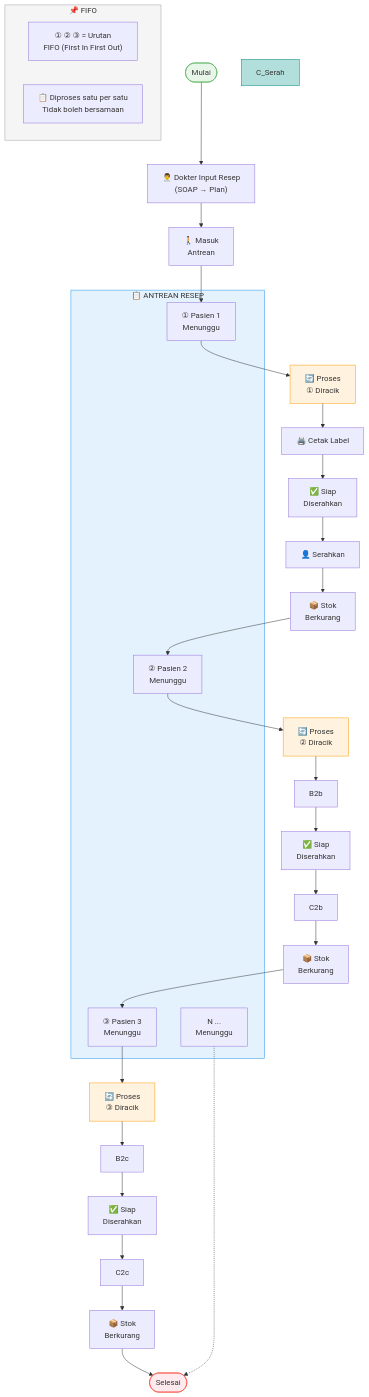
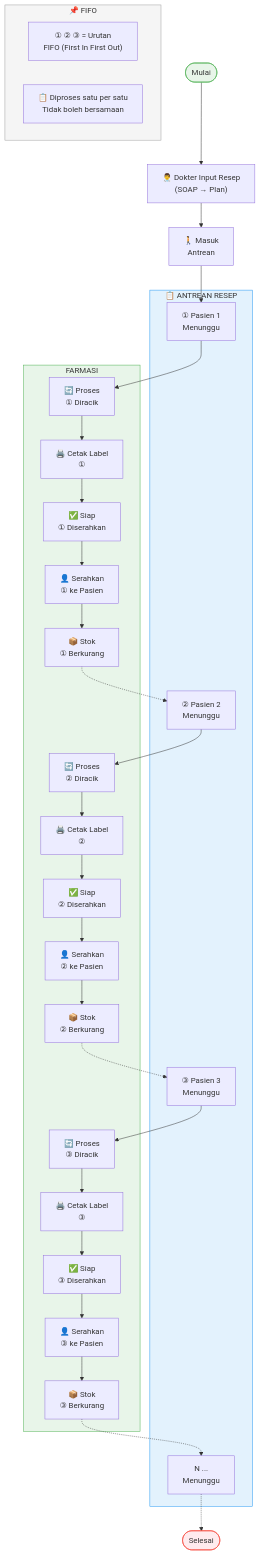
The diagram in Diagram/03-farmasi/peresepan-obat.mmd (mad-af/sim-clinic-documentation), drawn with Mermaid before and after one commit. The commit also changed 2 other files, not shown here.

Commit message:
Refactor finance and pharmacy diagrams
The diagrams for payroll and pharmacy processes have been significantly
refactored for clarity and accuracy.

In the payroll diagram, explicit `subgraph` definitions for "Pendapatan"
and "Potongan" were removed as the flow is now more direct. The entry
point for the calculation has been clarified.

The "Obat Racikan" diagram has undergone a major restructure to better
represent the flow of dispensing. Key changes include a more logical
progression from ingredient checking to final dispensing and stock
reduction. Annotations regarding medication residue were also updated.

The "

```diff
--- a/Diagram/03-farmasi/peresepan-obat.mmd
+++ b/Diagram/03-farmasi/peresepan-obat.mmd
@@ -1,53 +1,52 @@
 flowchart TD
     Start([Mulai]) --> Input["👨‍⚕️ Dokter Input Resep\n(SOAP → Plan)"]
 
     subgraph A_Antrean["📋 ANTREAN RESEP"]
         A1["① Pasien 1\nMenunggu"]
         A2["② Pasien 2\nMenunggu"]
         A3["③ Pasien 3\nMenunggu"]
-        A4["N ...\nMenunggu"]
+        AN["N ...\nMenunggu"]
     end
 
     Input --> QueueStart["🚶 Masuk\nAntrean"]
     QueueStart --> A1
 
-    A1 --> B1["🔄 Proses\n① Diracik"]
-    B1 --> B2["🖨️ Cetak Label"]
-    B2 --> C1["✅ Siap\nDiserahkan"]
-    C1 --> C2["👤 Serahkan"]
-    C2 --> C3["📦 Stok\nBerkurang"]
-    C3 --> A2
+    subgraph Farmasi["FARMASI"]
+        A1 --> P1["🔄 Proses\n① Diracik"]
+        P1 --> C1["🖨️ Cetak Label\n①"]
+        C1 --> S1["✅ Siap\n① Diserahkan"]
+        S1 --> H1["👤 Serahkan\n① ke Pasien"]
+        H1 --> ST1["📦 Stok\n① Berkurang"]
 
-    A2 --> B1b["🔄 Proses\n② Diracik"]
-    B1b --> B2b
-    B2b --> C1b["✅ Siap\nDiserahkan"]
-    C1b --> C2b
-    C2b --> C3b["📦 Stok\nBerkurang"]
-    C3b --> A3
+        A2 --> P2["🔄 Proses\n② Diracik"]
+        P2 --> C2["🖨️ Cetak Label\n②"]
+        C2 --> S2["✅ Siap\n② Diserahkan"]
+        S2 --> H2["👤 Serahkan\n② ke Pasien"]
+        H2 --> ST2["📦 Stok\n② Berkurang"]
 
-    A3 --> B1c["🔄 Proses\n③ Diracik"]
-    B1c --> B2c
-    B2c --> C1c["✅ Siap\nDiserahkan"]
-    C1c --> C2c
-    C2c --> C3c["📦 Stok\nBerkurang"]
-    C3c --> End
+        A3 --> P3["🔄 Proses\n③ Diracik"]
+        P3 --> C3["🖨️ Cetak Label\n③"]
+        C3 --> S3["✅ Siap\n③ Diserahkan"]
+        S3 --> H3["👤 Serahkan\n③ ke Pasien"]
+        H3 --> ST3["📦 Stok\n③ Berkurang"]
+    end
 
-    A4 -.-> End
+    ST1 -.-> A2
+    ST2 -.-> A3
+    ST3 -.-> AN
+    AN -.-> End
 
     End([Selesai])
 
     %% ==================== ANNOTATIONS ====================
     subgraph Annotations["📌 FIFO"]
         ANN1["① ② ③ = Urutan\nFIFO (First In First Out)"]
         ANN2["📋 Diproses satu per satu\nTidak boleh bersamaan"]
     end
 
     %% ==================== STYLES ====================
     style Start fill:#E8F5E9,stroke:#4CAF50
     style End fill:#FFEBEE,stroke:#F44336
     style A_Antrean fill:#E3F2FD,stroke:#2196F3
-    style B1 fill:#FFF3E0,stroke:#FF9800
-    style B1b fill:#FFF3E0,stroke:#FF9800
-    style B1c fill:#FFF3E0,stroke:#FF9800
-    style C_Serah fill:#B2DFDB,stroke:#00897B
+    style Farmasi fill:#E8F5E9,stroke:#4CAF50
     style Annotations fill:#F5F5F5,stroke:#9E9E9E
```
